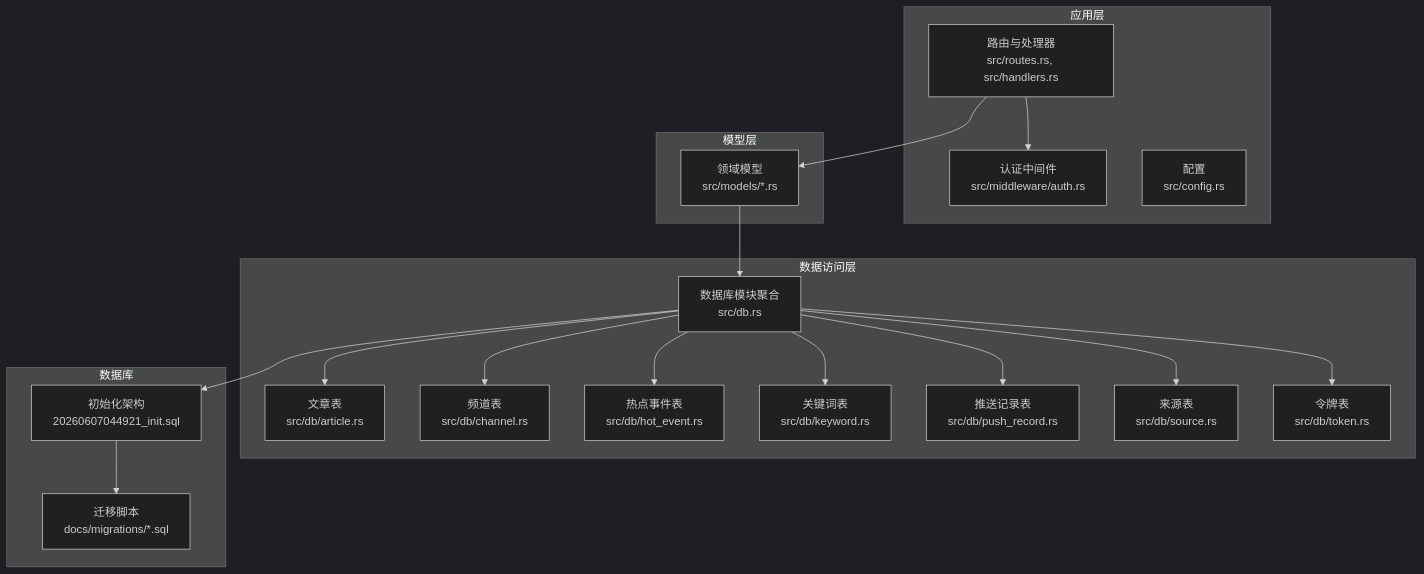
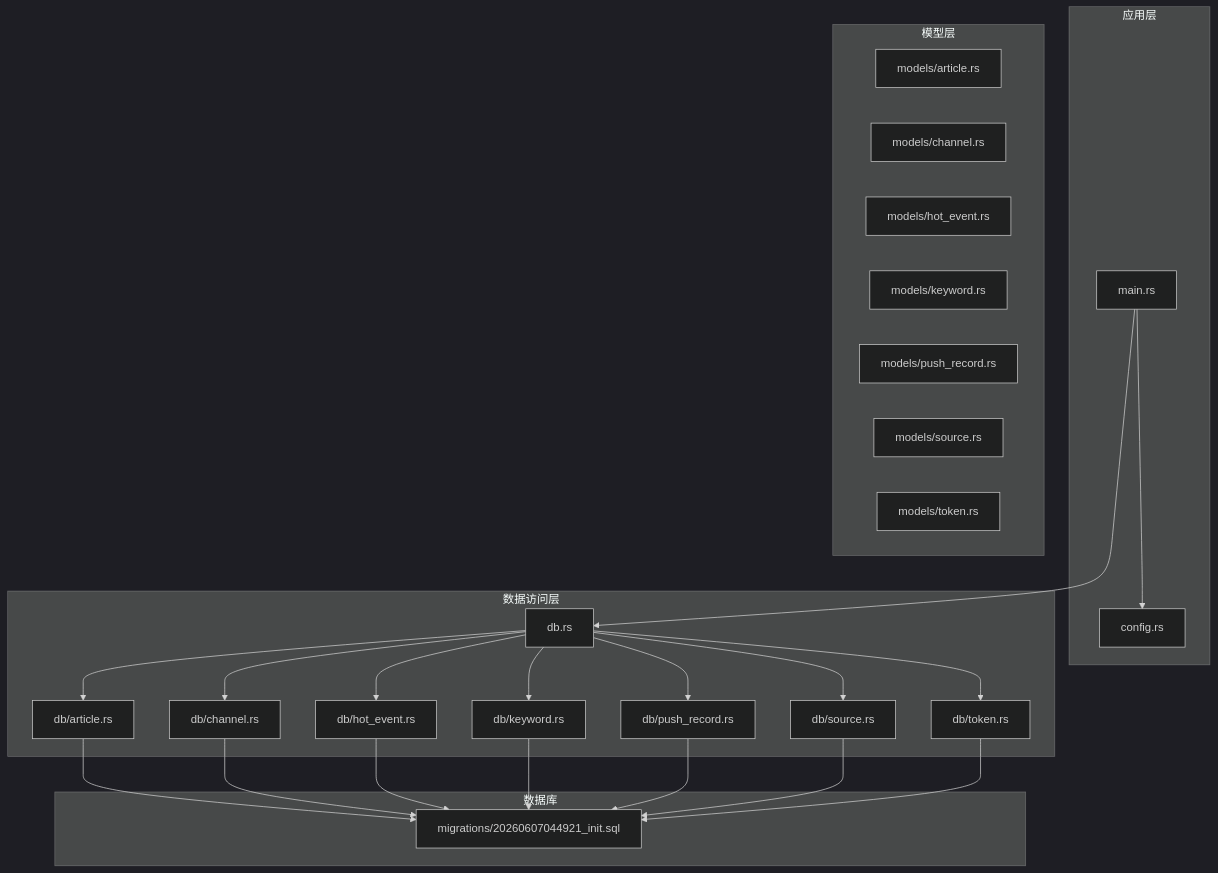
The first of 4 diagrams in .qoder/repowiki/zh/content/数据库设计/数据库设计.md (leimu-hue/AI-Trend-Tool), drawn with Mermaid (dark theme) before and after one commit. The commit also changed other lines of this file and 162 other files, not shown here.

````diff
--- a/.qoder/repowiki/zh/content/数据库设计/数据库设计.md
+++ b/.qoder/repowiki/zh/content/数据库设计/数据库设计.md
@@ -57,37 +47,45 @@
 ```mermaid
 graph TB
 subgraph "应用层"
-Routes["路由与处理器<br/>src/routes.rs, src/handlers.rs"]
-Middleware["认证中间件<br/>src/middleware/auth.rs"]
-Config["配置<br/>src/config.rs"]
+MAIN["main.rs"]
+CFG["config.rs"]
+end
+subgraph "数据访问层"
+DBMOD["db.rs"]
+DAO_ART["db/article.rs"]
+DAO_CH["db/channel.rs"]
+DAO_HE["db/hot_event.rs"]
+DAO_KW["db/keyword.rs"]
+DAO_PR["db/push_record.rs"]
+DAO_SRC["db/source.rs"]
+DAO_TKN["db/token.rs"]
 end
 subgraph "模型层"
-Models["领域模型<br/>src/models/*.rs"]
-end
-subgraph "数据访问层"
-DBMod["数据库模块聚合<br/>src/db.rs"]
-DBArticle["文章表<br/>src/db/article.rs"]
-DBChannel["频道表<br/>src/db/channel.rs"]
-DBHotEvent["热点事件表<br/>src/db/hot_event.rs"]
-DBKeyword["关键词表<br/>src/db/keyword.rs"]
-DBPushRecord["推送记录表<br/>src/db/push_record.rs"]
-DBSource["来源表<br/>src/db/source.rs"]
-DBToken["令牌表<br/>src/db/token.rs"]
+M_ART["models/article.rs"]
+M_CH["models/channel.rs"]
+M_HE["models/hot_event.rs"]
+M_KW["models/keyword.rs"]
+M_PR["models/push_record.rs"]
+M_SRC["models/source.rs"]
+M_TKN["models/token.rs"]
 end
 subgraph "数据库"
-Migrations["迁移脚本<br/>docs/migrations/*.sql"]
-Schema["初始化架构<br/>20260607044921_init.sql"]
+MIG["migrations/20260607044921_init.sql"]
 end
-Routes --> Middleware
-Routes --> Models
-Models --> DBMod
-DBMod --> DBArticle
-DBMod --> DBChannel
-DBMod --> DBHotEvent
-DBMod --> DBKeyword
-DBMod --> DBPushRecord
-DBMod --> DBSource
-DBMod --> DBToken
-DBMod --> Schema
-Schema --> Migrations
+MAIN --> CFG
+MAIN --> DBMOD
+DBMOD --> DAO_ART
+DBMOD --> DAO_CH
+DBMOD --> DAO_HE
+DBMOD --> DAO_KW
+DBMOD --> DAO_PR
+DBMOD --> DAO_SRC
+DBMOD --> DAO_TKN
+DAO_ART --> MIG
+DAO_CH --> MIG
+DAO_HE --> MIG
+DAO_KW --> MIG
+DAO_PR --> MIG
+DAO_SRC --> MIG
+DAO_TKN --> MIG
 ```
````
